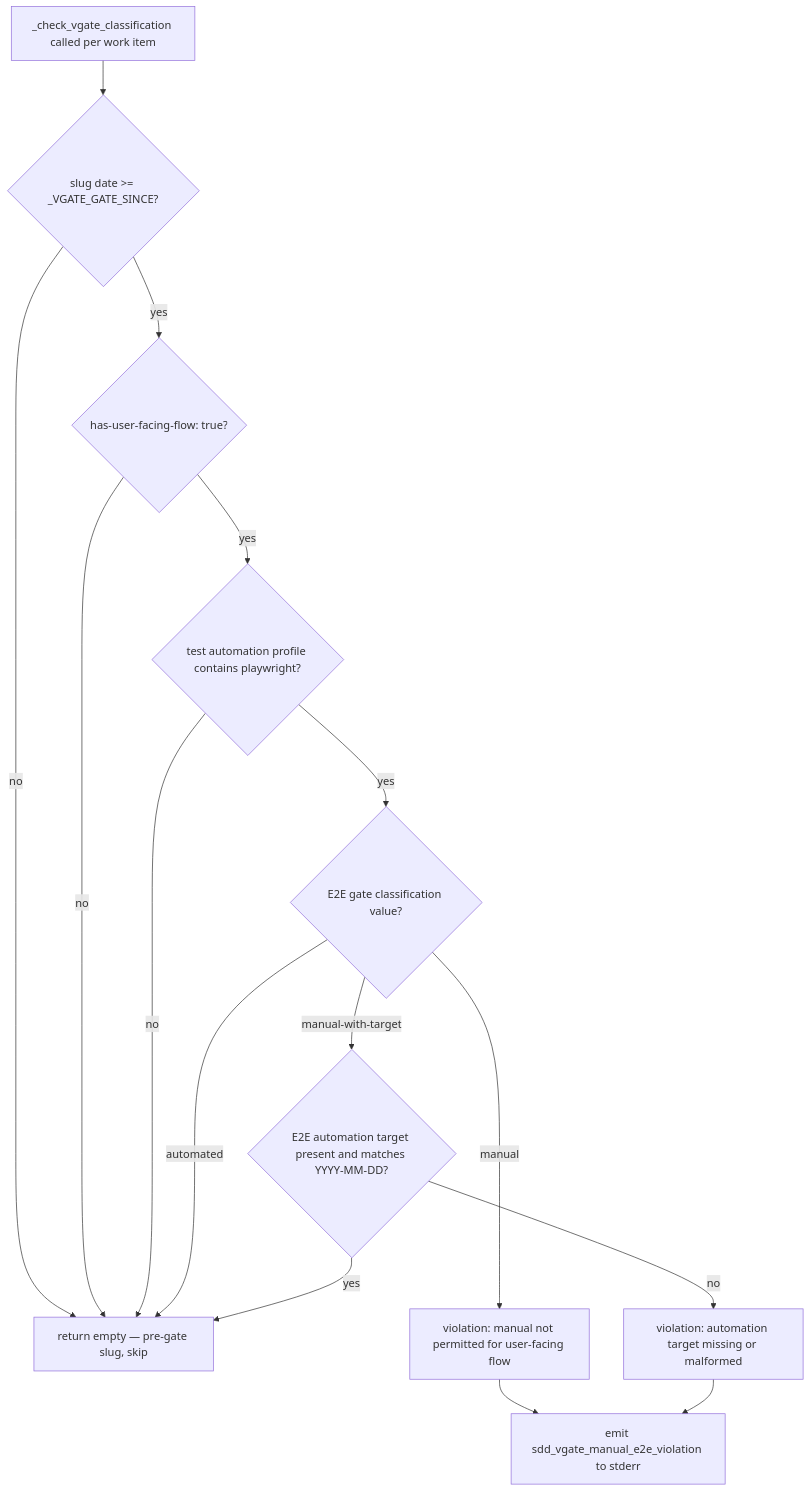
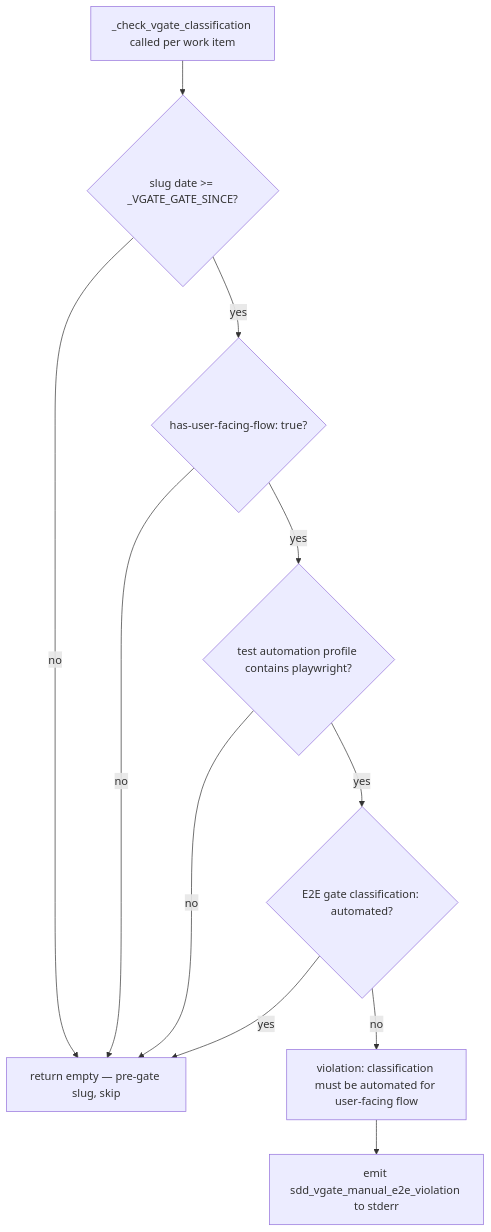
The diagram in specs/2026-06-01-issue-353-vgate-e2e-classification/architecture.md (sbonoc/stackit-platform-blueprint), drawn with Mermaid before and after one commit. The commit also changed other lines of this file and 5 other files, not shown here.

````diff
--- a/specs/2026-06-01-issue-353-vgate-e2e-classification/architecture.md
+++ b/specs/2026-06-01-issue-353-vgate-e2e-classification/architecture.md
@@ -56,17 +56,13 @@
 ```mermaid
 flowchart TD
     A[_check_vgate_classification called per work item] --> B{slug date >= _VGATE_GATE_SINCE?}
     B -- no --> Z[return empty — pre-gate slug, skip]
     B -- yes --> C{has-user-facing-flow: true?}
     C -- no --> Z
     C -- yes --> D{test automation profile contains playwright?}
     D -- no --> Z
-    D -- yes --> E{E2E gate classification value?}
-    E -- automated --> Z
-    E -- manual --> V1[violation: manual not permitted for user-facing flow]
-    E -- manual-with-target --> F{E2E automation target present and matches YYYY-MM-DD?}
-    F -- yes --> Z
-    F -- no --> V2[violation: automation target missing or malformed]
-    V1 --> M[emit sdd_vgate_manual_e2e_violation to stderr]
-    V2 --> M
+    D -- yes --> E{E2E gate classification: automated?}
+    E -- yes --> Z
+    E -- no --> V[violation: classification must be automated for user-facing flow]
+    V --> M[emit sdd_vgate_manual_e2e_violation to stderr]
 ```
````
